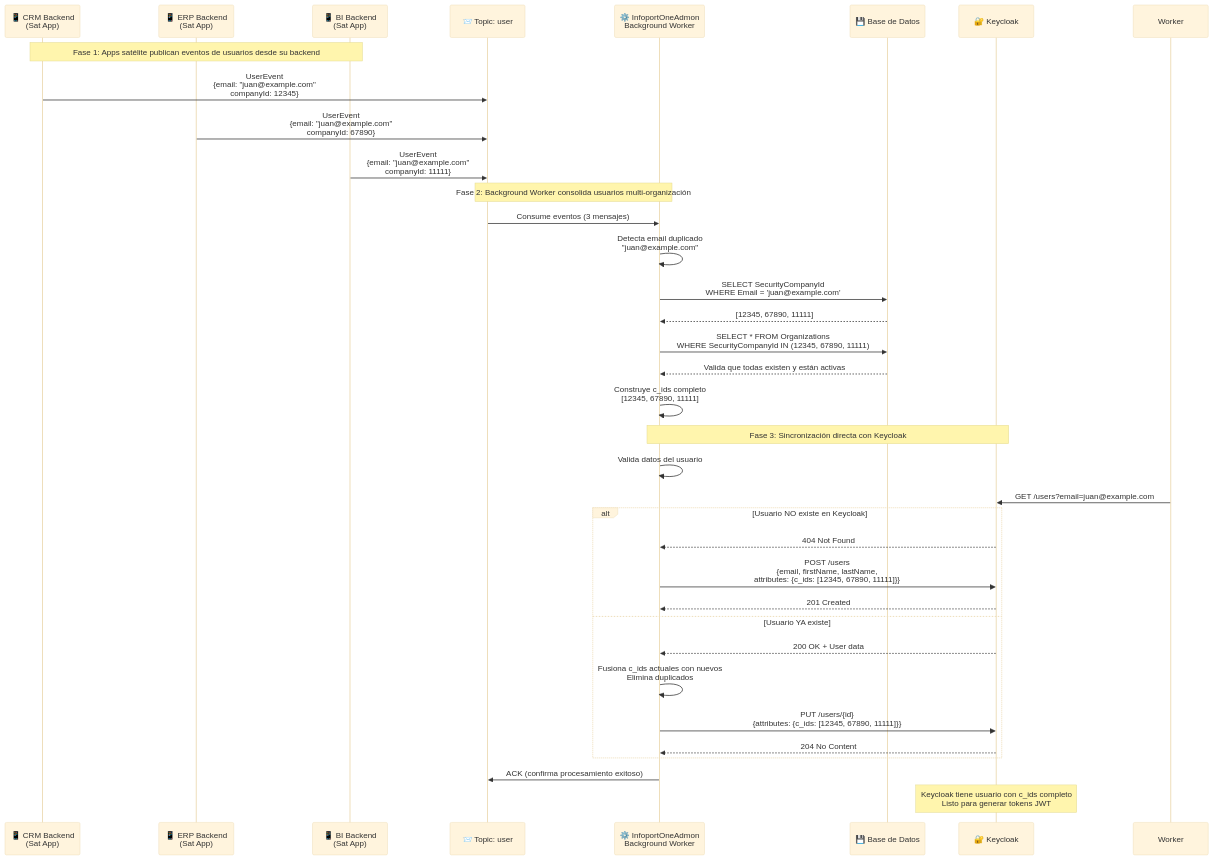
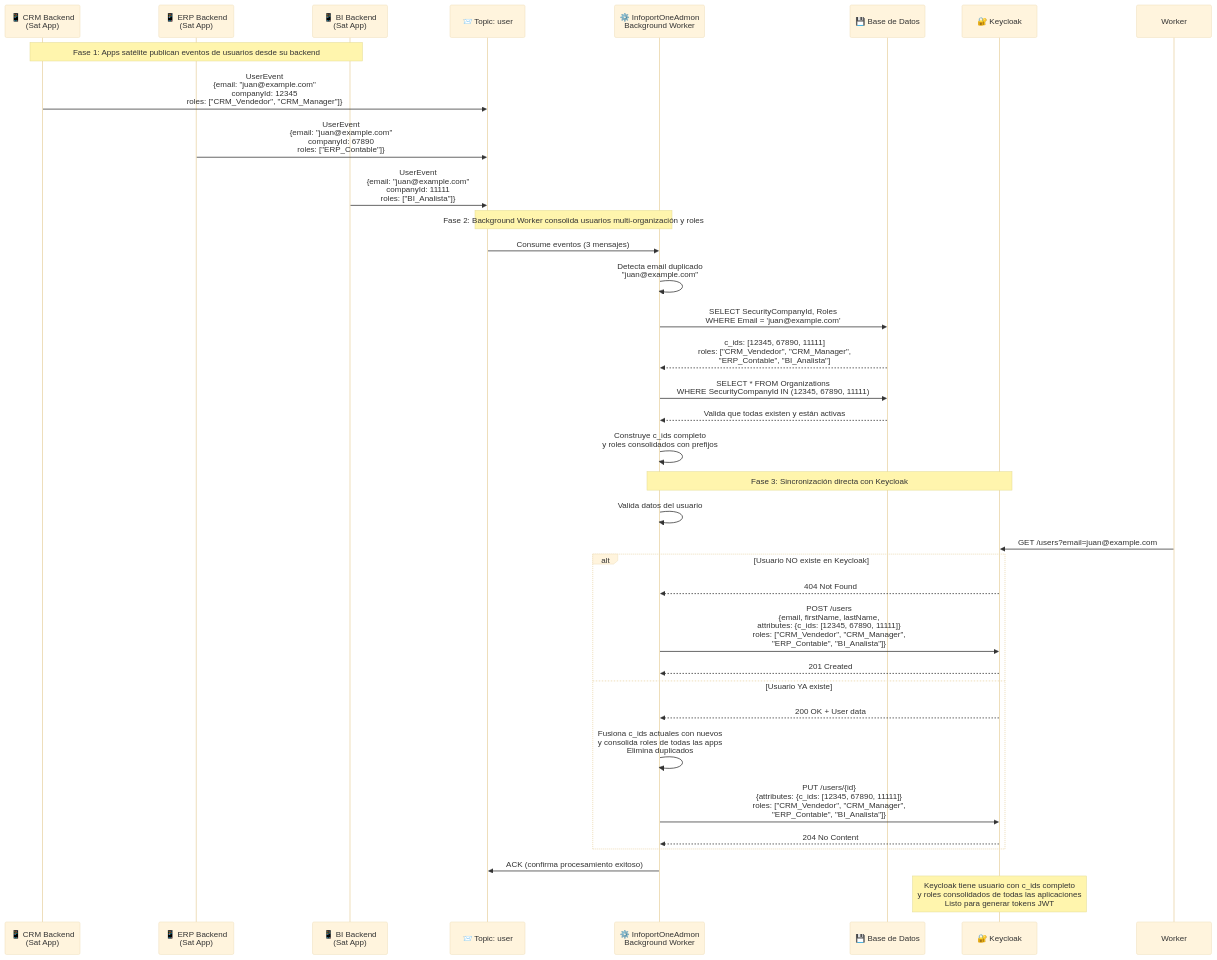
Before and after one commit to malbert-infoport/AI4Devs: the fourth of 7 diagrams in readme.md, drawn with Mermaid (base theme). The commit also changed other lines of this file and 5 other files, not shown here.

````diff
--- a/readme.md
+++ b/readme.md
@@ -945,50 +954,50 @@
 ```mermaid
 sequenceDiagram
     participant CRM as 📱 CRM Backend<br/>(Sat App)
     participant ERP as 📱 ERP Backend<br/>(Sat App)
     participant BI as 📱 BI Backend<br/>(Sat App)
     participant TopicUser as 📨 Topic: user
     participant BGWorker as ⚙️ InfoportOneAdmon<br/>Background Worker
     participant DB as 💾 Base de Datos
     participant KC as 🔐 Keycloak
 
     Note over CRM,BI: Fase 1: Apps satélite publican eventos de usuarios desde su backend
     
-    CRM->>TopicUser: UserEvent<br/>{email: "juan@example.com"<br/>companyId: 12345}
-    ERP->>TopicUser: UserEvent<br/>{email: "juan@example.com"<br/>companyId: 67890}
-    BI->>TopicUser: UserEvent<br/>{email: "juan@example.com"<br/>companyId: 11111}
+    CRM->>TopicUser: UserEvent<br/>{email: "juan@example.com"<br/>companyId: 12345<br/>roles: ["CRM_Vendedor", "CRM_Manager"]}
+    ERP->>TopicUser: UserEvent<br/>{email: "juan@example.com"<br/>companyId: 67890<br/>roles: ["ERP_Contable"]}
+    BI->>TopicUser: UserEvent<br/>{email: "juan@example.com"<br/>companyId: 11111<br/>roles: ["BI_Analista"]}
     
-    Note over TopicUser,BGWorker: Fase 2: Background Worker consolida usuarios multi-organización
+    Note over TopicUser,BGWorker: Fase 2: Background Worker consolida usuarios multi-organización y roles
     
     TopicUser->>BGWorker: Consume eventos (3 mensajes)
     BGWorker->>BGWorker: Detecta email duplicado<br/>"juan@example.com"
     
-    BGWorker->>DB: SELECT SecurityCompanyId<br/>WHERE Email = 'juan@example.com'
-    DB-->>BGWorker: [12345, 67890, 11111]
+    BGWorker->>DB: SELECT SecurityCompanyId, Roles<br/>WHERE Email = 'juan@example.com'
+    DB-->>BGWorker: c_ids: [12345, 67890, 11111]<br/>roles: ["CRM_Vendedor", "CRM_Manager",<br/>"ERP_Contable", "BI_Analista"]
     
     BGWorker->>DB: SELECT * FROM Organizations<br/>WHERE SecurityCompanyId IN (12345, 67890, 11111)
     DB-->>BGWorker: Valida que todas existen y están activas
     
-    BGWorker->>BGWorker: Construye c_ids completo<br/>[12345, 67890, 11111]
+    BGWorker->>BGWorker: Construye c_ids completo<br/>y roles consolidados con prefijos
     
     Note over BGWorker,KC: Fase 3: Sincronización directa con Keycloak
     
     BGWorker->>BGWorker: Valida datos del usuario
     
     Worker->>KC: GET /users?email=juan@example.com
     
     alt Usuario NO existe en Keycloak
         KC-->>BGWorker: 404 Not Found
-        BGWorker->>KC: POST /users<br/>{email, firstName, lastName,<br/>attributes: {c_ids: [12345, 67890, 11111]}}
+        BGWorker->>KC: POST /users<br/>{email, firstName, lastName,<br/>attributes: {c_ids: [12345, 67890, 11111]}<br/>roles: ["CRM_Vendedor", "CRM_Manager",<br/>"ERP_Contable", "BI_Analista"]}
         KC-->>BGWorker: 201 Created
     else Usuario YA existe
         KC-->>BGWorker: 200 OK + User data
-        BGWorker->>BGWorker: Fusiona c_ids actuales con nuevos<br/>Elimina duplicados
-        BGWorker->>KC: PUT /users/{id}<br/>{attributes: {c_ids: [12345, 67890, 11111]}}
+        BGWorker->>BGWorker: Fusiona c_ids actuales con nuevos<br/>y consolida roles de todas las apps<br/>Elimina duplicados
+        BGWorker->>KC: PUT /users/{id}<br/>{attributes: {c_ids: [12345, 67890, 11111]}<br/>roles: ["CRM_Vendedor", "CRM_Manager",<br/>"ERP_Contable", "BI_Analista"]}
         KC-->>BGWorker: 204 No Content
     end
     
     BGWorker->>TopicUser: ACK (confirma procesamiento exitoso)
     
-    Note over KC: Keycloak tiene usuario con c_ids completo<br/>Listo para generar tokens JWT
+    Note over KC: Keycloak tiene usuario con c_ids completo<br/>y roles consolidados de todas las aplicaciones<br/>Listo para generar tokens JWT
 ```
````
